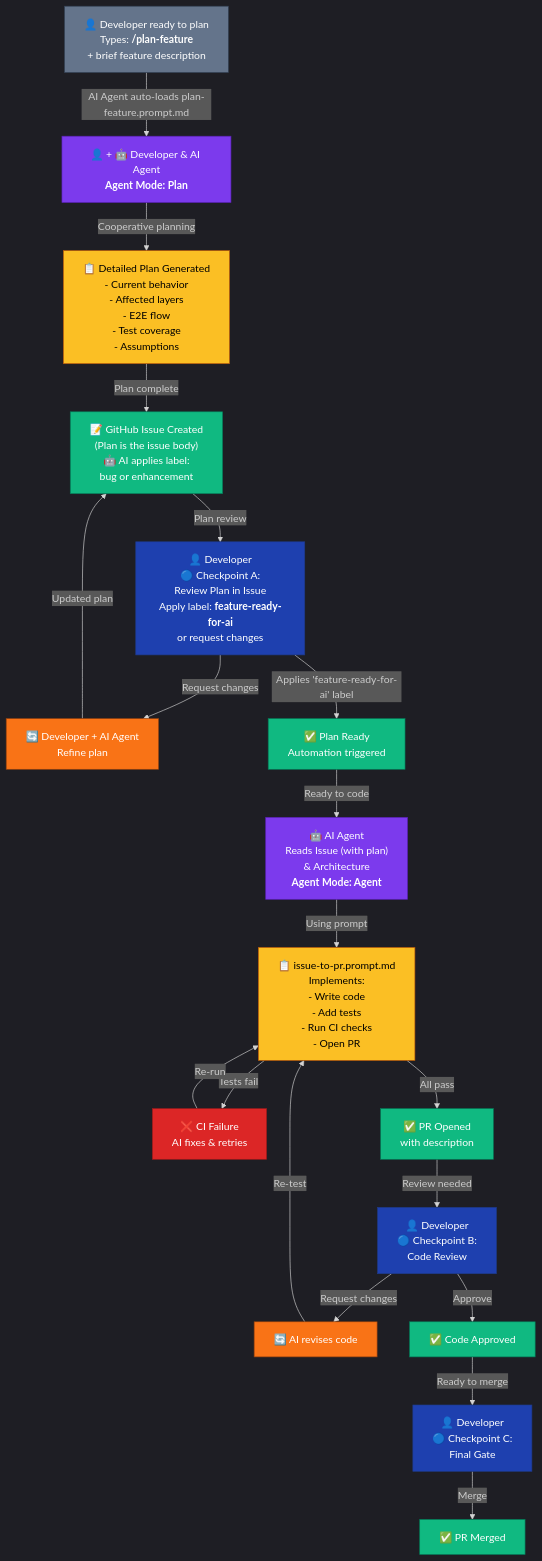
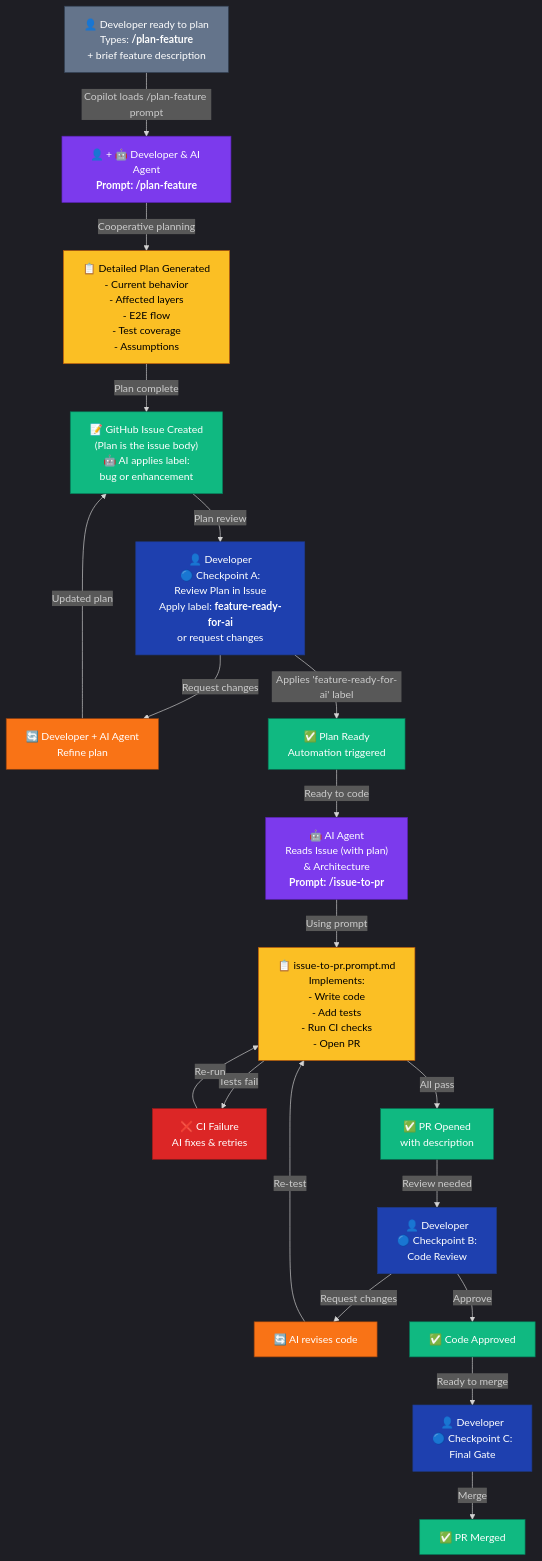
One commit to ToddTaylor/Rugby-Junction-Train-Tracker changed the diagram in .github/FEATURE_WORKFLOW.md. Above: the diagram before and after it, drawn with Mermaid. The commit also changed other lines of this file and 4 other files, not shown here.

````diff
--- a/.github/FEATURE_WORKFLOW.md
+++ b/.github/FEATURE_WORKFLOW.md
@@ -20,56 +20,56 @@
 ```mermaid
 %%{init: {'theme': 'dark', 'primaryColor': '#1e3a8a', 'primaryTextColor': '#ffffff', 'primaryBorderColor': '#3b82f6', 'lineColor': '#8b5cf6', 'secondBkg': '#7c3aed', 'tertiaryBkg': '#fbbf24'}}%%
 
 graph TD
     Z["👤 Developer ready to plan<br/>Types: <b>/plan-feature</b><br/>+ brief feature description"]
     
-    Z -->|AI Agent auto-loads plan-feature.prompt.md| A["👤 + 🤖 Developer & AI Agent<br/><b>Agent Mode: Plan</b>"]
+    Z -->|Copilot loads /plan-feature prompt| A["👤 + 🤖 Developer & AI Agent<br/><b>Prompt: /plan-feature</b>"]
     
     A -->|Cooperative planning| B["📋 Detailed Plan Generated<br/>- Current behavior<br/>- Affected layers<br/>- E2E flow<br/>- Test coverage<br/>- Assumptions"]
     
     B -->|Plan complete| C["📝 GitHub Issue Created<br/>(Plan is the issue body)<br/>🤖 AI applies label:<br/>bug or enhancement"]
     
     C -->|Plan review| D["👤 Developer<br/>🔵 Checkpoint A:<br/>Review Plan in Issue<br/>Apply label: <b>feature-ready-for-ai</b><br/>or request changes"]
     
     D -->|Request changes| E["🔄 Developer + AI Agent<br/>Refine plan"]
     E -->|Updated plan| C
     
     D -->|Applies 'feature-ready-for-ai' label| F["✅ Plan Ready<br/>Automation triggered"]
     
-    F -->|Ready to code| G["🤖 AI Agent<br/>Reads Issue (with plan)<br/>& Architecture<br/><b>Agent Mode: Agent</b>"]
+    F -->|Ready to code| G["🤖 AI Agent<br/>Reads Issue (with plan)<br/>& Architecture<br/><b>Prompt: /issue-to-pr</b>"]
     
     G -->|Using prompt| H["📋 issue-to-pr.prompt.md<br/>Implements:<br/>- Write code<br/>- Add tests<br/>- Run CI checks<br/>- Open PR"]
     
     H -->|Tests fail| I["❌ CI Failure<br/>AI fixes & retries"]
     I -->|Re-run| H
     
     H -->|All pass| J["✅ PR Opened<br/>with description"]
     
     J -->|Review needed| K["👤 Developer<br/>🔵 Checkpoint B:<br/>Code Review"]
     
     K -->|Request changes| L["🔄 AI revises code"]
     L -->|Re-test| H
     
     K -->|Approve| M["✅ Code Approved"]
     
     M -->|Ready to merge| N["👤 Developer<br/>🔵 Checkpoint C:<br/>Final Gate"]
     
     N -->|Merge| O["✅ PR Merged"]
     
     style Z fill:#64748b,stroke:#334155,color:#fff
     style A fill:#7c3aed,stroke:#5b21b6,color:#fff
     style B fill:#fbbf24,stroke:#b45309,color:#000
     style C fill:#10b981,stroke:#047857,color:#fff
     style D fill:#1e40af,stroke:#1e3a8a,color:#fff
     style E fill:#f97316,stroke:#92400e,color:#fff
     style F fill:#10b981,stroke:#047857,color:#fff
     style G fill:#7c3aed,stroke:#5b21b6,color:#fff
     style H fill:#fbbf24,stroke:#b45309,color:#000
     style I fill:#dc2626,stroke:#991b1b,color:#fff
     style J fill:#10b981,stroke:#047857,color:#fff
     style K fill:#1e40af,stroke:#1e3a8a,color:#fff
     style L fill:#f97316,stroke:#92400e,color:#fff
     style M fill:#10b981,stroke:#047857,color:#fff
     style N fill:#1e40af,stroke:#1e3a8a,color:#fff
     style O fill:#10b981,stroke:#047857,color:#fff
 ```
````
